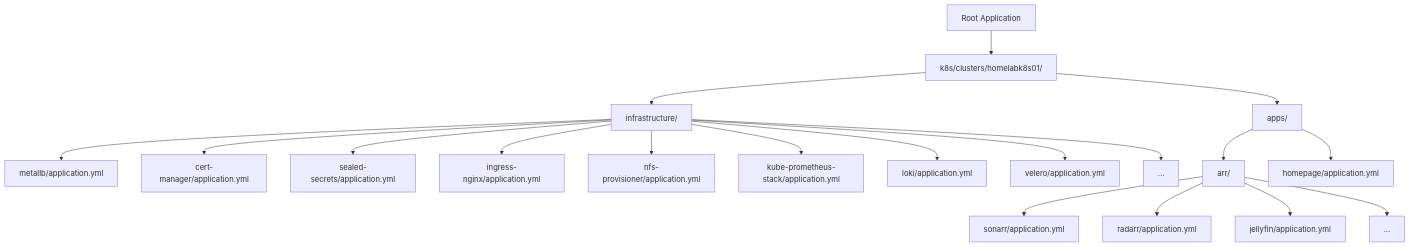
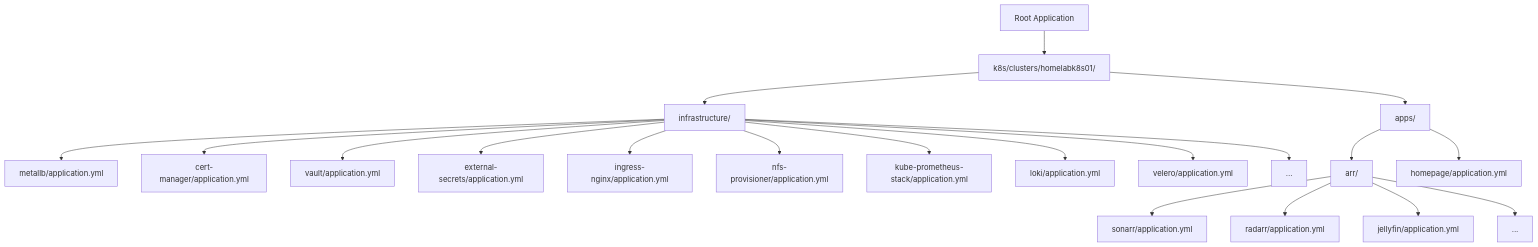
One commit to kyleseneker/homelab changed the first of 3 diagrams in docs/architecture/gitops.md. Above: the diagram before and after it, drawn with Mermaid. The commit also changed other lines of this file and 74 other files, not shown here.

Commit message:
feat: migrate secrets management from Sealed Secrets to ESO + Vault

````diff
--- a/docs/architecture/gitops.md
+++ b/docs/architecture/gitops.md
@@ -9,24 +9,25 @@
 ```mermaid
 flowchart TD
     rootApp["Root Application"] --> clusterDir["k8s/clusters/homelabk8s01/"]
     clusterDir --> infraDir["infrastructure/"]
     clusterDir --> appsDir["apps/"]
 
     infraDir --> metallb["metallb/application.yml"]
     infraDir --> certManager["cert-manager/application.yml"]
-    infraDir --> sealedSecrets["sealed-secrets/application.yml"]
+    infraDir --> vault["vault/application.yml"]
+    infraDir --> externalSecrets["external-secrets/application.yml"]
     infraDir --> ingressNginx["ingress-nginx/application.yml"]
     infraDir --> nfsProvisioner["nfs-provisioner/application.yml"]
     infraDir --> prometheusStack["kube-prometheus-stack/application.yml"]
     infraDir --> loki["loki/application.yml"]
     infraDir --> velero["velero/application.yml"]
     infraDir --> moreInfra["..."]
 
     appsDir --> arrDir["arr/"]
     appsDir --> homepage["homepage/application.yml"]
 
     arrDir --> sonarr["sonarr/application.yml"]
     arrDir --> radarr["radarr/application.yml"]
     arrDir --> jellyfin["jellyfin/application.yml"]
     arrDir --> moreArr["..."]
 ```
````
